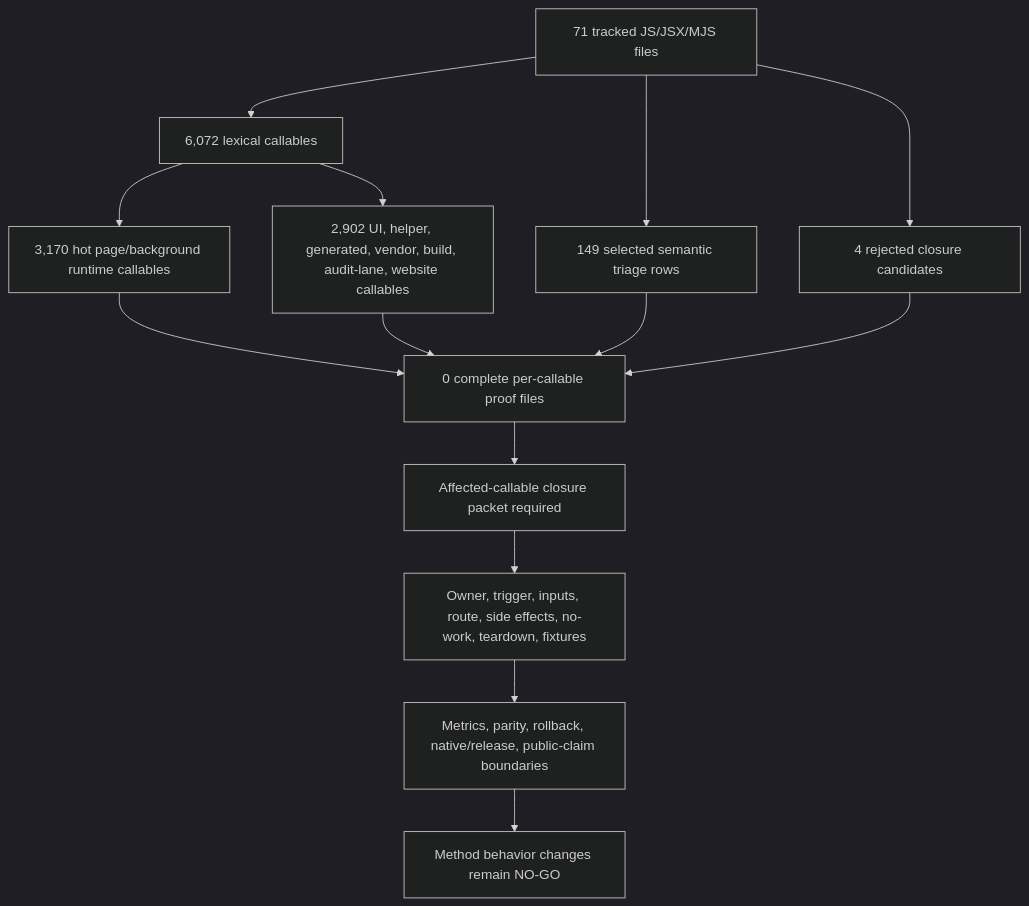
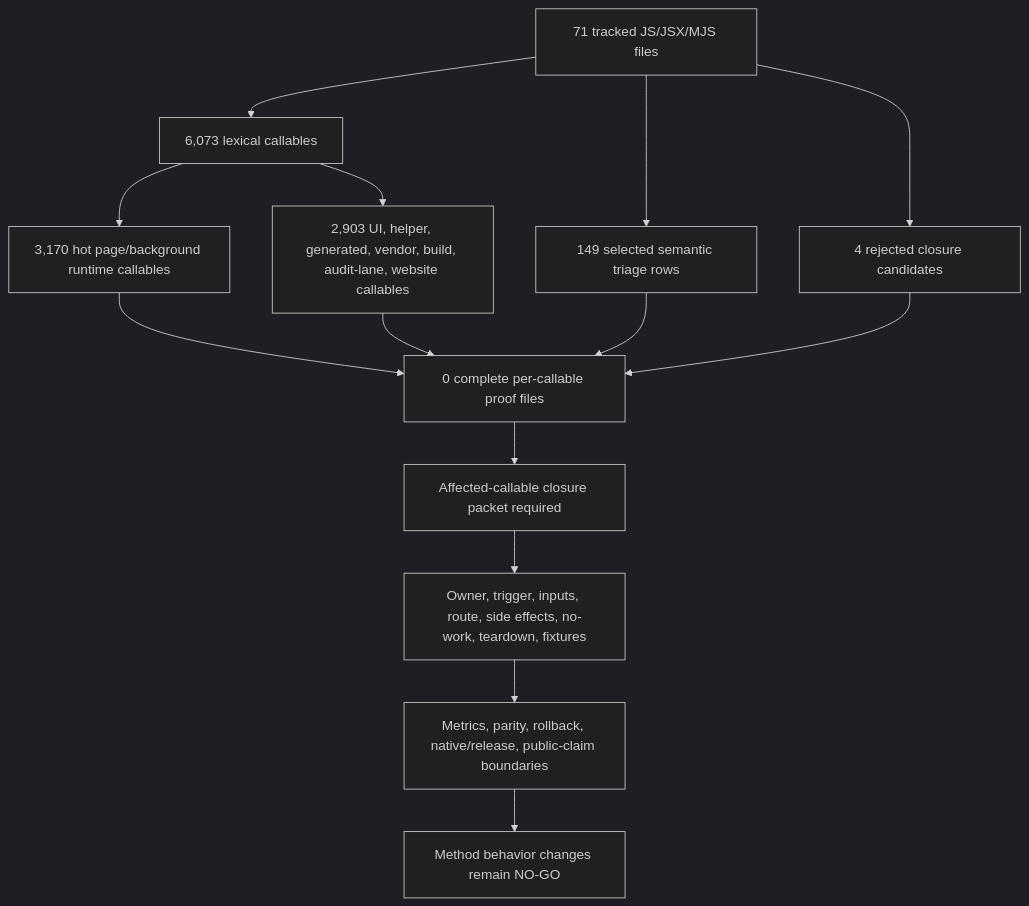
Before and after one commit to varshneydevansh/FilterTube: the first of 2 diagrams in docs/audit/FILTERTUBE_METHOD_SEMANTIC_PROOF_GAP_INDEX_CURRENT_BEHAVIOR_2026-05-25.md, drawn with Mermaid (dark theme). The commit also changed other lines of this file and 61 other files, not shown here.

````diff
--- a/docs/audit/FILTERTUBE_METHOD_SEMANTIC_PROOF_GAP_INDEX_CURRENT_BEHAVIOR_2026-05-25.md
+++ b/docs/audit/FILTERTUBE_METHOD_SEMANTIC_PROOF_GAP_INDEX_CURRENT_BEHAVIOR_2026-05-25.md
@@ -147,16 +147,16 @@
 ```mermaid
 flowchart TD
-  A["71 tracked JS/JSX/MJS files"] --> B["6,072 lexical callables"]
+  A["71 tracked JS/JSX/MJS files"] --> B["6,073 lexical callables"]
   B --> C["3,170 hot page/background runtime callables"]
-  B --> D["2,902 UI, helper, generated, vendor, build, audit-lane, website callables"]
+  B --> D["2,903 UI, helper, generated, vendor, build, audit-lane, website callables"]
   A --> E["149 selected semantic triage rows"]
   A --> F["4 rejected closure candidates"]
   C --> G["0 complete per-callable proof files"]
   D --> G
   E --> G
   F --> G
   G --> H["Affected-callable closure packet required"]
   H --> I["Owner, trigger, inputs, route, side effects, no-work, teardown, fixtures"]
   I --> J["Metrics, parity, rollback, native/release, public-claim boundaries"]
   J --> K["Method behavior changes remain NO-GO"]
 ```
````
